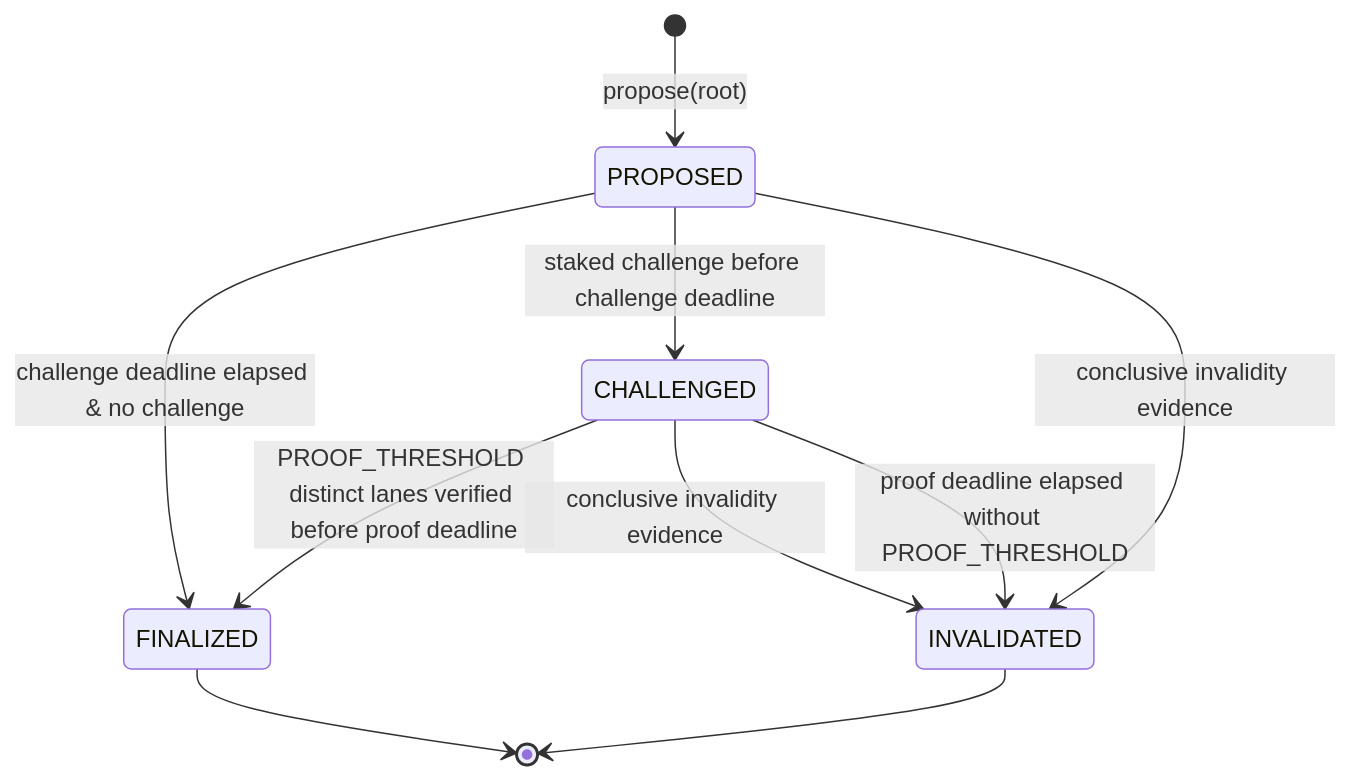
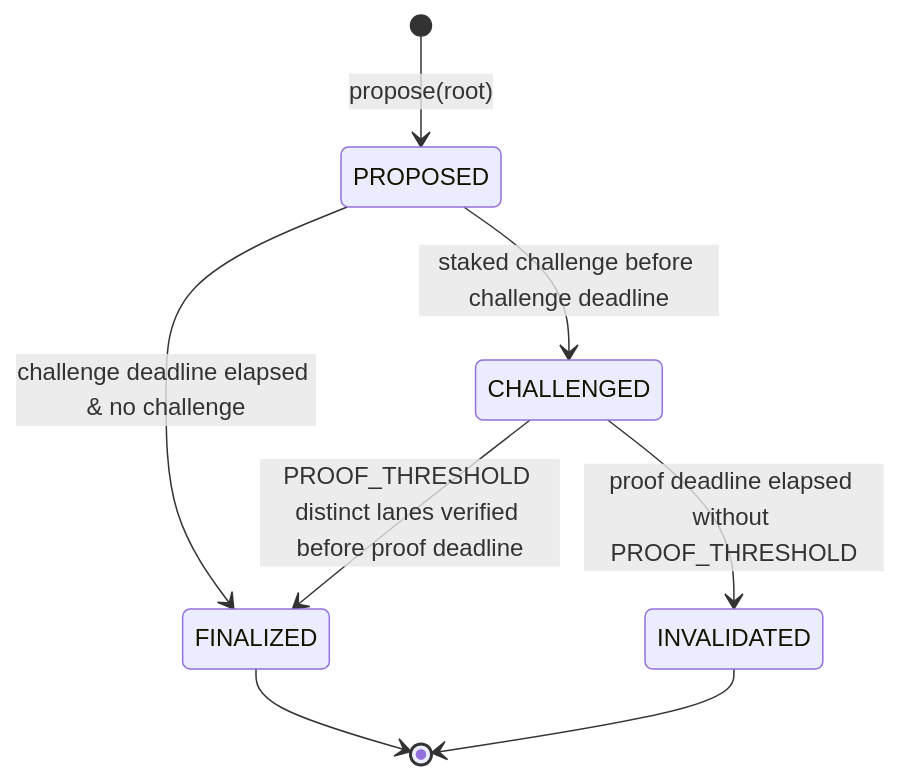
Before and after one commit to worldcoin/world-chain: the diagram in wips/wip-1006.md, drawn with Mermaid. The commit also changed other lines of this file, not shown here.

````diff
--- a/wips/wip-1006.md
+++ b/wips/wip-1006.md
@@ -129,12 +129,10 @@
 ```mermaid
 stateDiagram-v2
     [*] --> PROPOSED: propose(root)
     PROPOSED --> FINALIZED: challenge deadline elapsed & no challenge
     PROPOSED --> CHALLENGED: staked challenge before challenge deadline
     CHALLENGED --> FINALIZED: PROOF_THRESHOLD distinct lanes verified before proof deadline
-    PROPOSED --> INVALIDATED: conclusive invalidity evidence
-    CHALLENGED --> INVALIDATED: conclusive invalidity evidence
     CHALLENGED --> INVALIDATED: proof deadline elapsed without PROOF_THRESHOLD
     FINALIZED --> [*]
     INVALIDATED --> [*]
 ```
````
